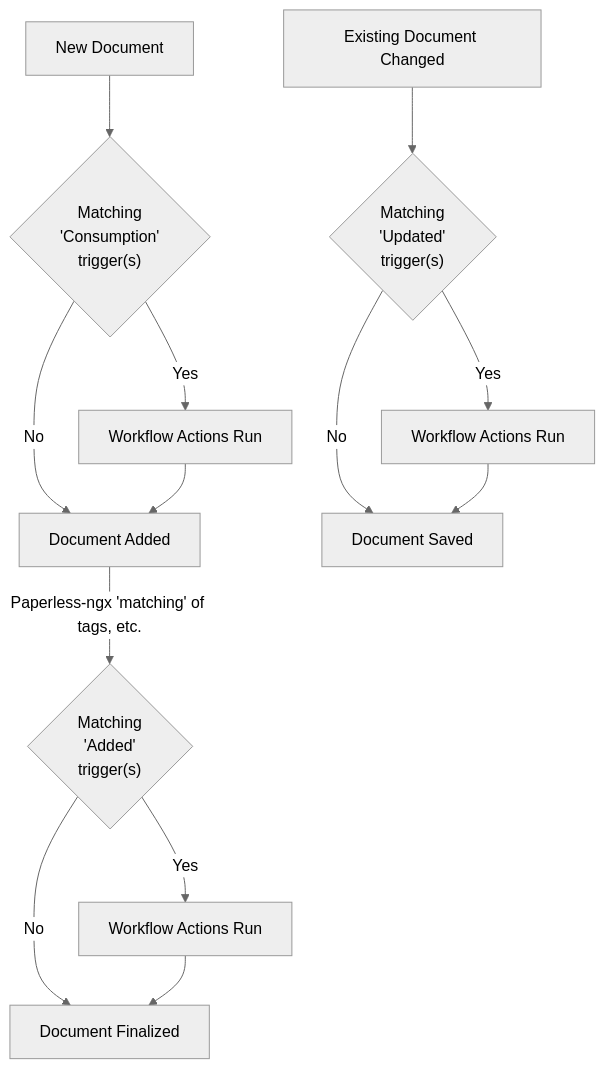
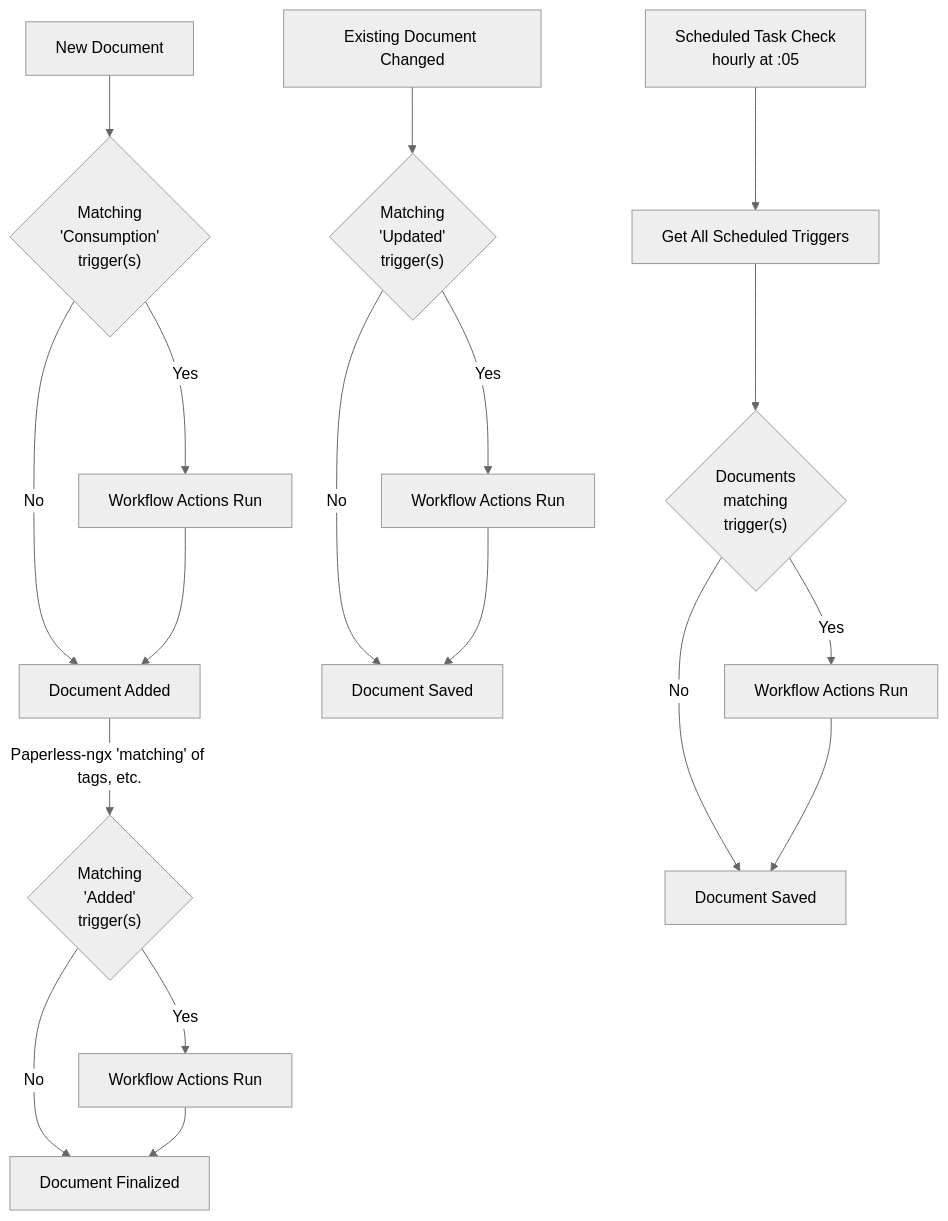
One commit to paperless-ngx/paperless-ngx changed the diagram in docs/usage.md. Above: the diagram before and after it, drawn with Mermaid (neutral theme). The commit also changed 2 other files, not shown here.

Commit message:
Documentation: Document run_workflows function and PAPERLESS_WORKFLOW_SCHEDULED_TASK_CRON variable
Also add missing workflow to diagram

````diff
--- a/docs/usage.md
+++ b/docs/usage.md
@@ -432,27 +432,36 @@
 ```mermaid
 flowchart TD
     consumption{"Matching
     'Consumption'
     trigger(s)"}
 
     added{"Matching
     'Added'
     trigger(s)"}
 
     updated{"Matching
     'Updated'
     trigger(s)"}
 
+    scheduled{"Documents
+    matching
+    trigger(s)"}
+
     A[New Document] --> consumption
     consumption --> |Yes| C[Workflow Actions Run]
     consumption --> |No| D
     C --> D[Document Added]
     D -- Paperless-ngx 'matching' of tags, etc. --> added
     added --> |Yes| F[Workflow Actions Run]
     added --> |No| G
     F --> G[Document Finalized]
     H[Existing Document Changed] --> updated
     updated --> |Yes| J[Workflow Actions Run]
     updated --> |No| K
     J --> K[Document Saved]
+    L[Scheduled Task Check<br/>hourly at :05] --> M[Get All Scheduled Triggers]
+    M --> scheduled
+    scheduled --> |Yes| N[Workflow Actions Run]
+    scheduled --> |No| O[Document Saved]
+    N --> O
 ```
````
